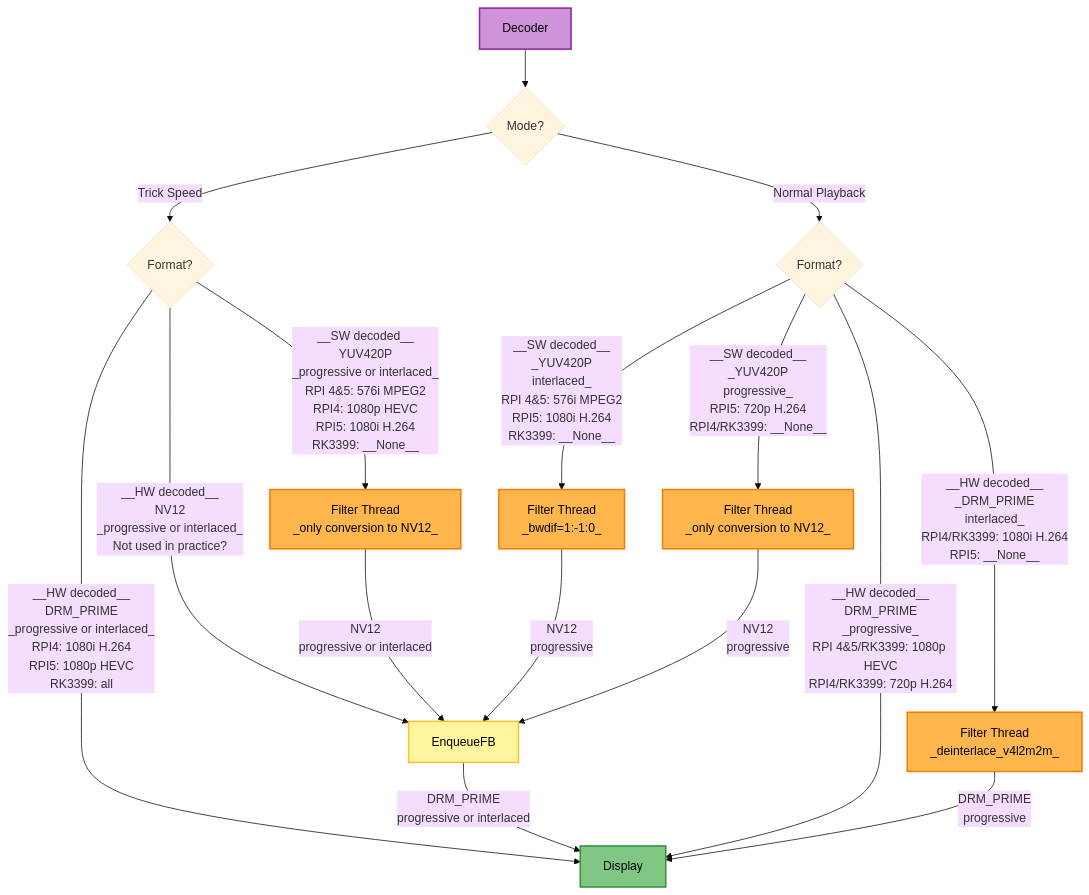
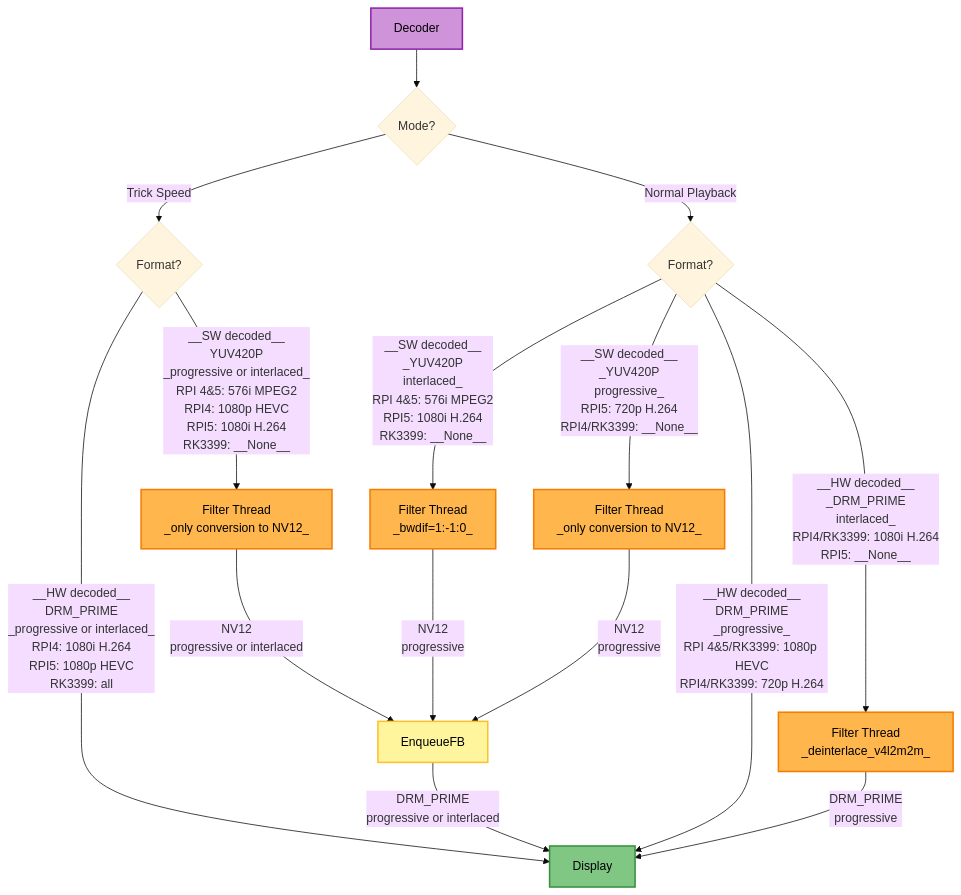
One commit to fwolter/vdr-plugin-softhddevice-drm-gles changed the fourth of 4 diagrams in DEVELOPER.md. Above: the diagram before and after it, drawn with Mermaid (base theme).

Commit message:
Remove NV12 path from graph

````diff
--- a/DEVELOPER.md
+++ b/DEVELOPER.md
@@ -210,34 +210,33 @@
 ```mermaid
 flowchart TD
     FilterThreadForceProgressive["Filter Thread<br/>_only conversion to NV12_"]
     FilterThreadProgressive["Filter Thread<br/>_only conversion to NV12_"]
     FilterThreadHwDeinterlacer["Filter Thread<br/>_deinterlace_v4l2m2m_"]
     FilterThreadSwDeinterlacer["Filter Thread<br/>_bwdif=1:-1:0_"]
 
     Decoder --> TrickSpeedDecision{Mode?}
     TrickSpeedDecision --> |Trick Speed|TrickSpeedFormat{Format?}
     TrickSpeedFormat --> |__SW decoded__<br/>YUV420P<br/>_progressive or interlaced_<br/>RPI 4&5: 576i MPEG2<br/>RPI4: 1080p HEVC<br/>RPI5: 1080i H.264<br/>RK3399: __None__|FilterThreadForceProgressive
     TrickSpeedFormat --> |__HW decoded__<br/>DRM_PRIME<br/>_progressive or interlaced_<br/>RPI4: 1080i H.264<br/>RPI5: 1080p HEVC<br/>RK3399: all|Display
-    TrickSpeedFormat --> |__HW decoded__<br/>NV12<br/>_progressive or interlaced_<br/>Not used in practice?|EnqueueFB
     EnqueueFB --> |DRM_PRIME<br/>progressive or interlaced|Display
     FilterThreadForceProgressive --> |NV12<br/>progressive or interlaced|EnqueueFB
 
     TrickSpeedDecision --> |Normal Playback|NormalPlaybackFormat{Format?}
     NormalPlaybackFormat --> |__SW decoded__<br/>_YUV420P<br/>interlaced_<br/>RPI 4&5: 576i MPEG2<br/>RPI5: 1080i H.264<br/>RK3399: __None__|FilterThreadSwDeinterlacer
     NormalPlaybackFormat --> |__SW decoded__<br/>_YUV420P<br/>progressive_<br/>RPI5: 720p H.264<br/>RPI4/RK3399: __None__|FilterThreadProgressive
     NormalPlaybackFormat --> |__HW decoded__<br/>_DRM_PRIME<br/>interlaced_<br/>RPI4/RK3399: 1080i H.264<br/>RPI5: __None__|FilterThreadHwDeinterlacer
     NormalPlaybackFormat --> |__HW decoded__<br/>DRM_PRIME<br/>_progressive_<br/>RPI 4&5/RK3399: 1080p HEVC<br/>RPI4/RK3399: 720p H.264|Display
     FilterThreadSwDeinterlacer --> |NV12<br/>progressive|EnqueueFB
     FilterThreadProgressive --> |NV12<br/>progressive|EnqueueFB
     FilterThreadHwDeinterlacer --> |DRM_PRIME<br/>progressive|Display
 
     classDef decThread fill:#ce93d8,stroke:#8e24aa,stroke-width:2px,color:#000000
     classDef filterThread fill:#ffb74d,stroke:#f57c00,stroke-width:2px,color:#000000
     classDef displayThread fill:#81c784,stroke:#388e3c,stroke-width:2px,color:#000000
     classDef buffer fill:#fff59d,stroke:#fbc02d,stroke-width:2px,color:#000000
 
     class Decoder decThread
     class FilterThreadForceProgressive,FilterThreadProgressive,FilterThreadHwDeinterlacer,FilterThreadSwDeinterlacer filterThread
     class Display displayThread
     class EnqueueFB buffer
 ```
````
